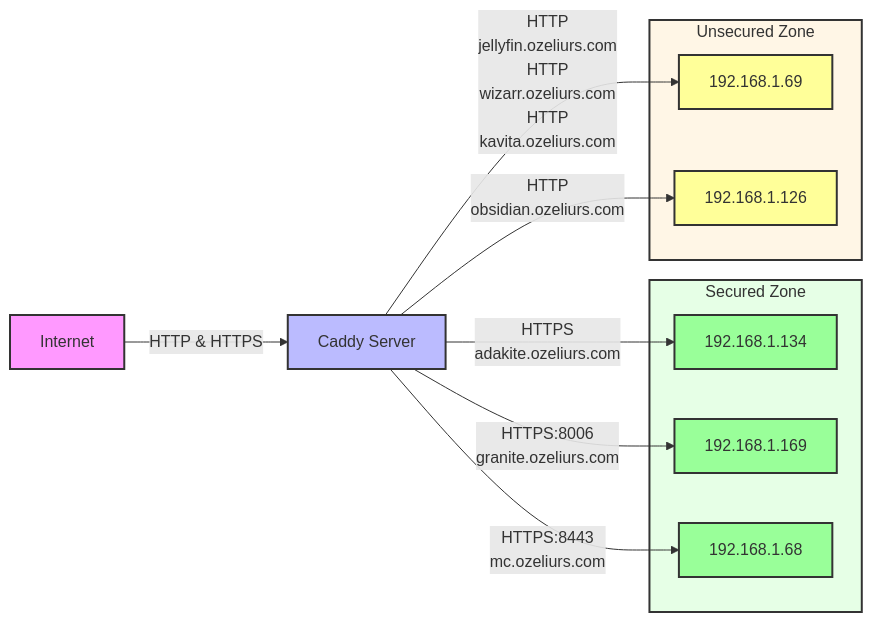
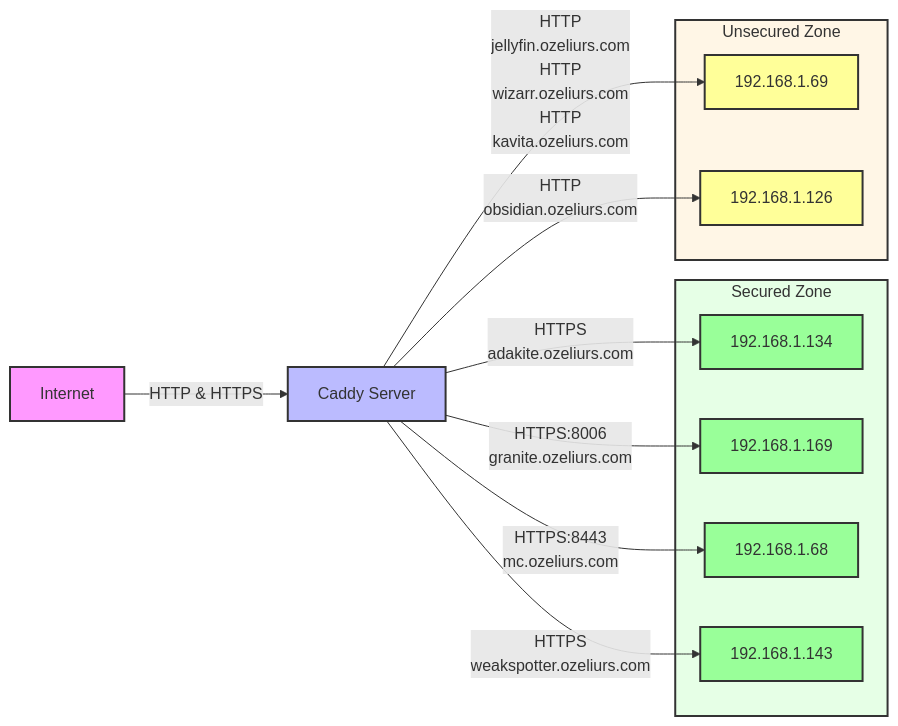
One commit to ozeliurs/dc-reverse-proxy-config changed the diagram in README.md. Above: the diagram before and after it, drawn with Mermaid. The commit also changed 1 other file, not shown here.

Commit message:
Generate and update Caddyfile, Mermaid diagram, and Dockerfile

````diff
--- a/README.md
+++ b/README.md
@@ -34,45 +34,48 @@
 ```mermaid
 graph LR
     %% Style definitions
     classDef internet fill:#f9f,stroke:#333,stroke-width:2px;
     classDef proxy fill:#bbf,stroke:#333,stroke-width:2px;
     classDef backend fill:#bfb,stroke:#333,stroke-width:2px;
     classDef secure fill:#9f9,stroke:#333,stroke-width:2px;
     classDef unsecure fill:#ff9,stroke:#333,stroke-width:2px;
 
     %% Nodes
     I[Internet]
     C[Caddy Server]
 
     %% Apply styles
     class I internet
     class C proxy
 
     %% Base connections
     I -->|HTTP & HTTPS| C
 
     %% Backend groups
     subgraph Secured[Secured Zone]
         style Secured fill:#e6ffe6,stroke:#333,stroke-width:2px
         S0[192.168.1.134]
         class S0 secure
         S1[192.168.1.169]
         class S1 secure
         S2[192.168.1.68]
         class S2 secure
+        S3[192.168.1.143]
+        class S3 secure
     end
 
     subgraph Unsecured[Unsecured Zone]
         style Unsecured fill:#fff6e6,stroke:#333,stroke-width:2px
         U0[192.168.1.69]
         class U0 unsecure
         U1[192.168.1.126]
         class U1 unsecure
     end
 
     C -->|HTTPS<br>adakite.ozeliurs.com| S0
     C -->|HTTP<br>jellyfin.ozeliurs.com<br>HTTP<br>wizarr.ozeliurs.com<br>HTTP<br>kavita.ozeliurs.com| U0
     C -->|HTTPS:8006<br>granite.ozeliurs.com| S1
     C -->|HTTPS:8443<br>mc.ozeliurs.com| S2
     C -->|HTTP<br>obsidian.ozeliurs.com| U1
+    C -->|HTTPS<br>weakspotter.ozeliurs.com| S3
 ```
````
